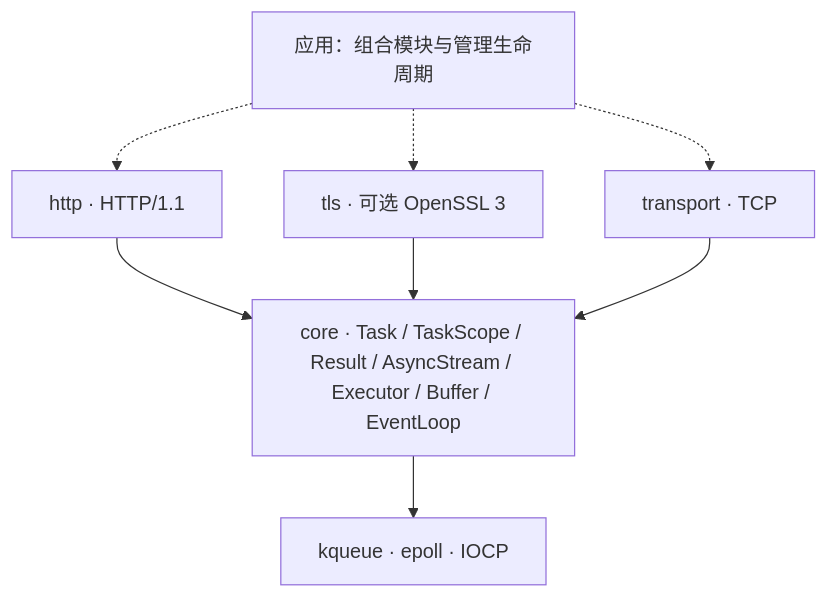
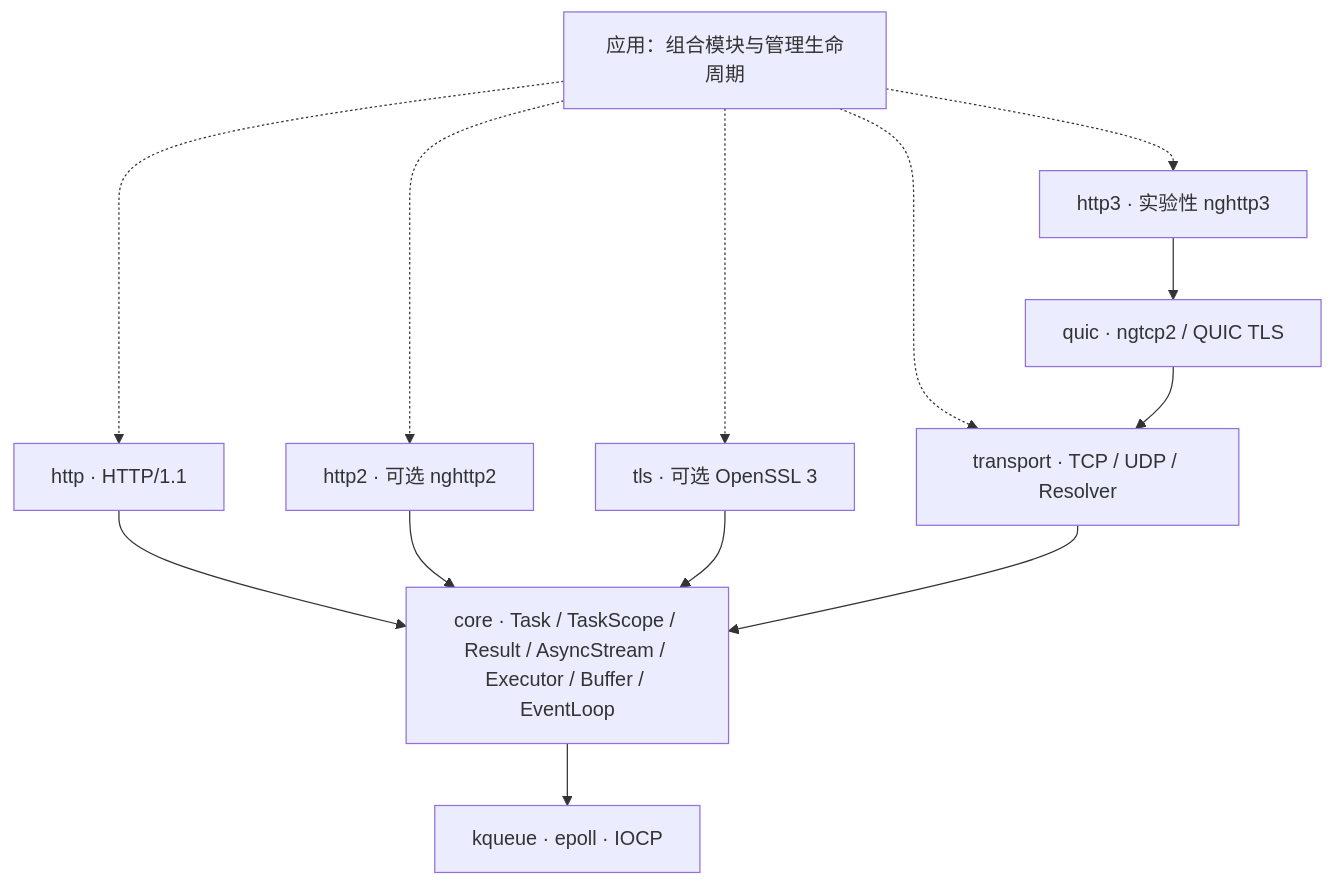
Before and after one commit to dqsjqian/continuo: the diagram in README.md, drawn with Mermaid. The commit also changed other lines of this file and 67 other files, not shown here.

First line of the commit message:
Add UDP, async resolver, HTTP/1 client, HTTP/2 and experimental QUIC/HTTP/3

````diff
--- a/README.md
+++ b/README.md
@@ -33,11 +33,16 @@
 ```mermaid
 flowchart TB
     App[应用：组合模块与管理生命周期]
     App -.-> HTTP[http · HTTP/1.1]
     App -.-> TLS[tls · 可选 OpenSSL 3]
-    App -.-> TCP[transport · TCP]
+    App -.-> TCP[transport · TCP / UDP / Resolver]
+    App -.-> H2[http2 · 可选 nghttp2]
+    App -.-> H3[http3 · 实验性 nghttp3]
     HTTP --> Core[core · Task / TaskScope / Result / AsyncStream / Executor / Buffer / EventLoop]
+    H2 --> Core
+    H3 --> QUIC[quic · ngtcp2 / QUIC TLS]
+    QUIC --> TCP
     TLS --> Core
     TCP --> Core
     Core --> Backends[kqueue · epoll · IOCP]
 ```
````
